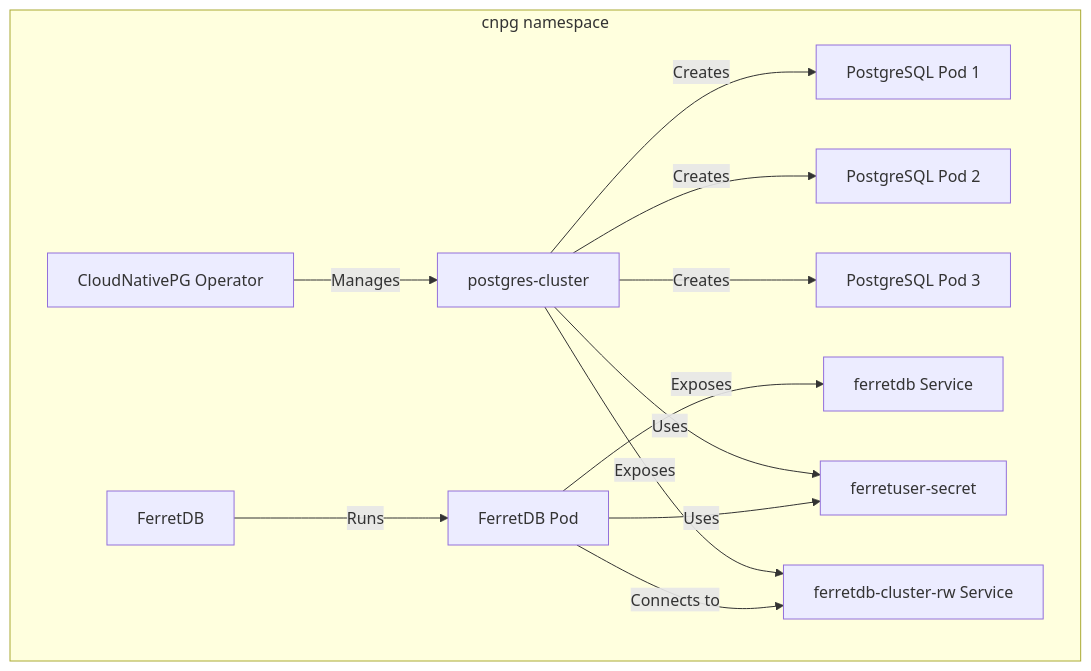
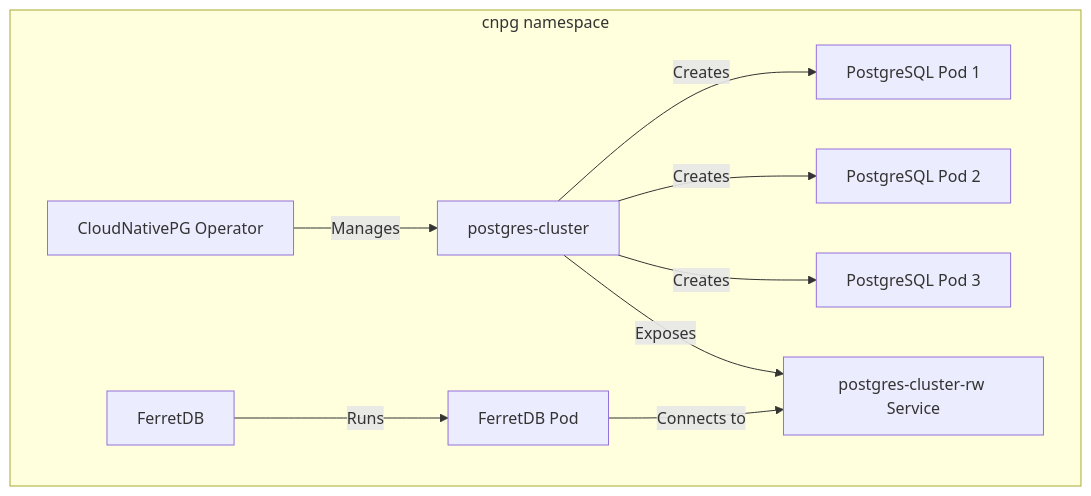
Before and after one commit to FerretDB/FerretDB: the diagram in website/blog/2024-06-20-run-ferretdb-cloudnativepg-kubernetes.md, drawn with Mermaid. The commit also changed other lines of this file, not shown here.

````diff
--- a/website/blog/2024-06-20-run-ferretdb-cloudnativepg-kubernetes.md
+++ b/website/blog/2024-06-20-run-ferretdb-cloudnativepg-kubernetes.md
@@ -52,27 +54,21 @@
 ```mermaid
 graph TD
     subgraph cnpg namespace
         A[CloudNativePG Operator]
         B[postgres-cluster]
         C[PostgreSQL Pod 1]
         D[PostgreSQL Pod 2]
         E[PostgreSQL Pod 3]
         F[FerretDB]
         G[FerretDB Pod]
-        H[ferretdb Service]
-        I[ferretuser-secret]
-        J[ferretdb-cluster-rw Service]
+        H[postgres-cluster-rw Service]
     end
 
     A -->|Manages| B
     B -->|Creates| C
     B -->|Creates| D
     B -->|Creates| E
     F -->|Runs| G
-    G -->|Exposes| H
-    G -->|Uses| I
-    G -->|Connects to| J
-    B -->|Exposes| J
-    B -->|Uses| I
-
+    G -->|Connects to| H
+    B -->|Exposes| H
 ```
````
